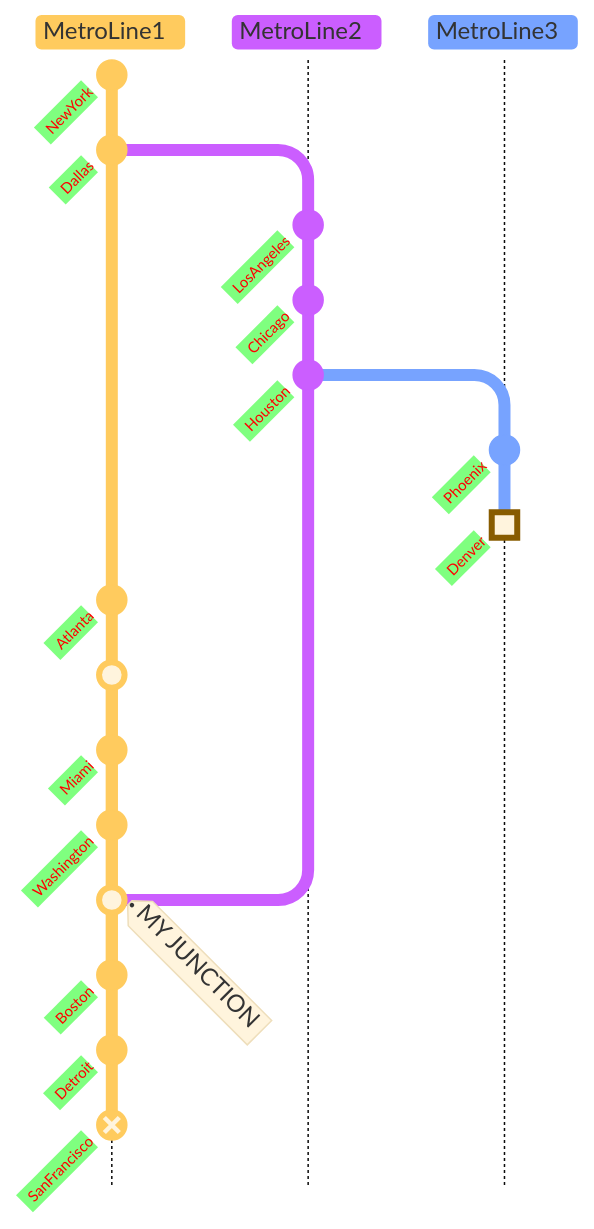
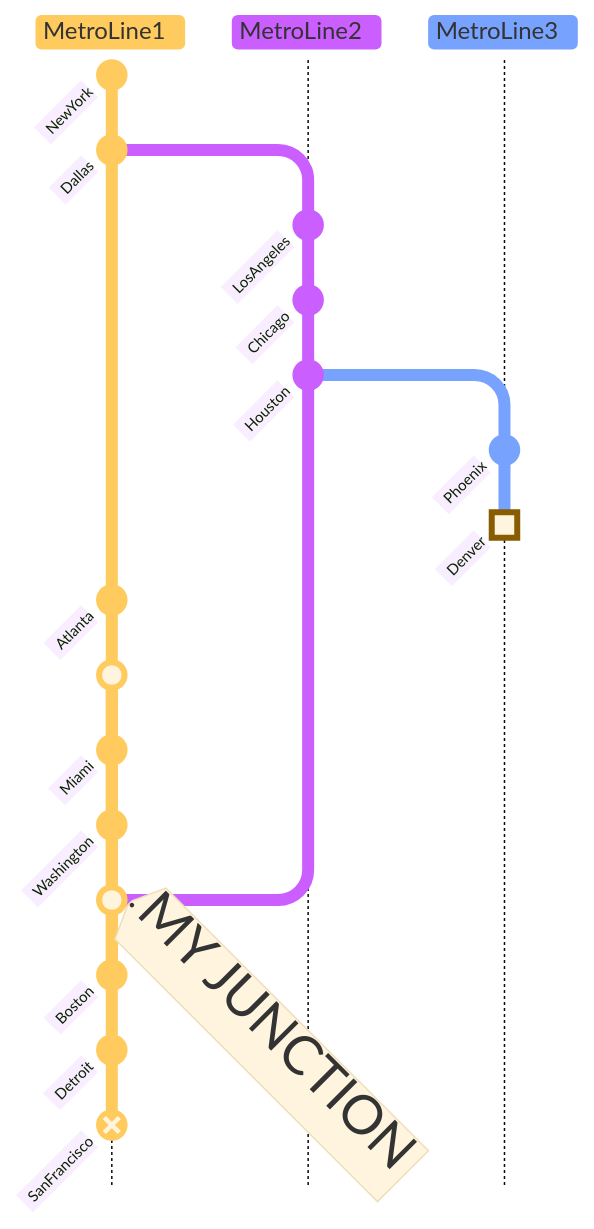
One commit to haprecht/haprecht.github.io changed the diagram in publications.md. Above: the diagram before and after it, drawn with Mermaid.

```diff
--- a/publications.md
+++ b/publications.md
@@ -7,27 +7,25 @@
 <div class="mermaid">
 %%{init: { 'logLevel': 'debug', 'theme': 'base', 'themeVariables': {
-              'commitLabelColor': '#ff0000',
-              'commitLabelBackground': '#00ff00',
-              'tagLabelFontSize': '16px'
+              'tagLabelFontSize': '36px'
        }, 'gitGraph': {'showBranches': true, 'showCommitLabel':true,'mainBranchName': 'MetroLine1'}} }%%
       gitGraph TB:
         commit id:"NewYork"
         commit id:"Dallas"
         branch MetroLine2
         commit id:"LosAngeles"
         commit id:"Chicago"
         commit id:"Houston"
         branch MetroLine3
         commit id:"Phoenix"
         commit type: HIGHLIGHT id:"Denver"
         commit id:"Boston"
         checkout MetroLine1
         commit id:"Atlanta"
         merge MetroLine3
         commit id:"Miami"
         commit id:"Washington"
         merge MetroLine2 tag:"MY JUNCTION"
         commit id:"Boston"
         commit id:"Detroit"
         commit type:REVERSE id:"SanFrancisco"
 </div>
```
